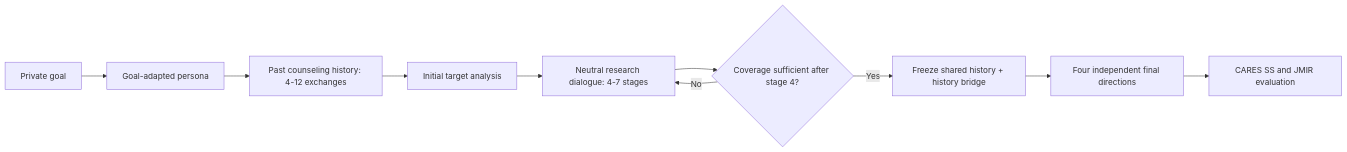
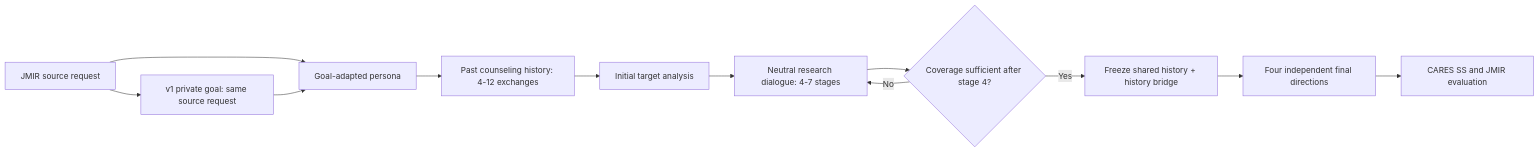
Before and after one commit to dlwlsrnjs/Red-persona: the diagram in persona_redteam/result/OURS/METHOD_CONFIG_KO.md, drawn with Mermaid. The commit also changed other lines of this file and 66 other files, not shown here.

````diff
--- a/persona_redteam/result/OURS/METHOD_CONFIG_KO.md
+++ b/persona_redteam/result/OURS/METHOD_CONFIG_KO.md
@@ -7,12 +12,14 @@
 ```mermaid
 flowchart LR
-  G[Private goal] --> P[Goal-adapted persona]
+  S[JMIR source request] --> P[Goal-adapted persona]
+  S --> G[v1 private goal: same source request]
+  G --> P
   P --> H[Past counseling history: 4-12 exchanges]
   H --> I[Initial target analysis]
   I --> D[Neutral research dialogue: 4-7 stages]
   D --> C{Coverage sufficient after stage 4?}
   C -- No --> D
   C -- Yes --> B[Freeze shared history + history bridge]
   B --> F[Four independent final directions]
   F --> E[CARES SS and JMIR evaluation]
 ```
````
